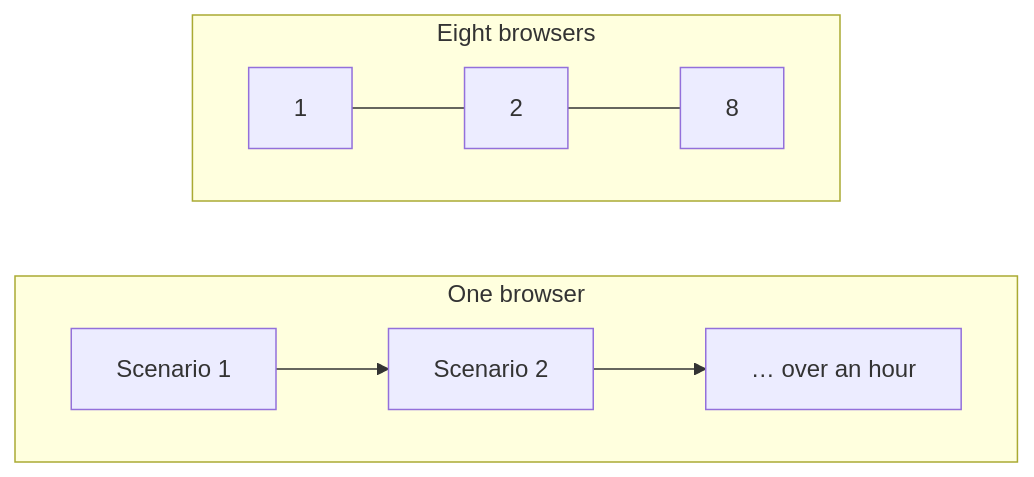
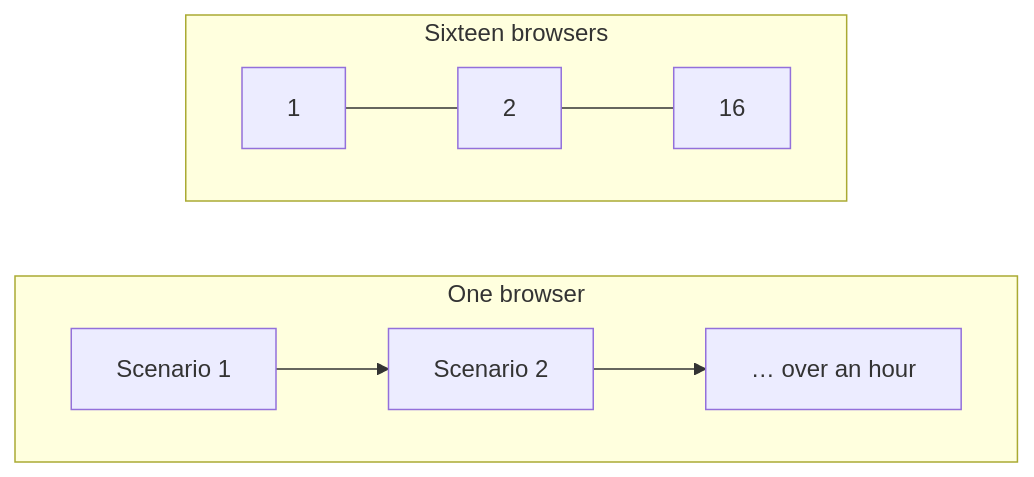
Before and after one commit to it-at-m/eappointment: the first of 5 diagrams in docs/en/testing-and-automation/how-we-parallelized-zmsautomation.md, drawn with Mermaid. The commit also changed other lines of this file and 10 other files, not shown here.

First line of the commit message:
chore(GH-3281): run 16 UI browsers

````diff
--- a/docs/en/testing-and-automation/how-we-parallelized-zmsautomation.md
+++ b/docs/en/testing-and-automation/how-we-parallelized-zmsautomation.md
@@ -9,11 +9,11 @@
 ```mermaid
 flowchart LR
   subgraph serial ["One browser"]
     direction LR
     q1[Scenario 1] --> q2[Scenario 2] --> q3["… over an hour"]
   end
-  subgraph parallelRun ["Eight browsers"]
+  subgraph parallelRun ["Sixteen browsers"]
     direction LR
-    p1[1] --- p2[2] --- p3[8]
+    p1[1] --- p2[2] --- p3[16]
   end
 ```
````
